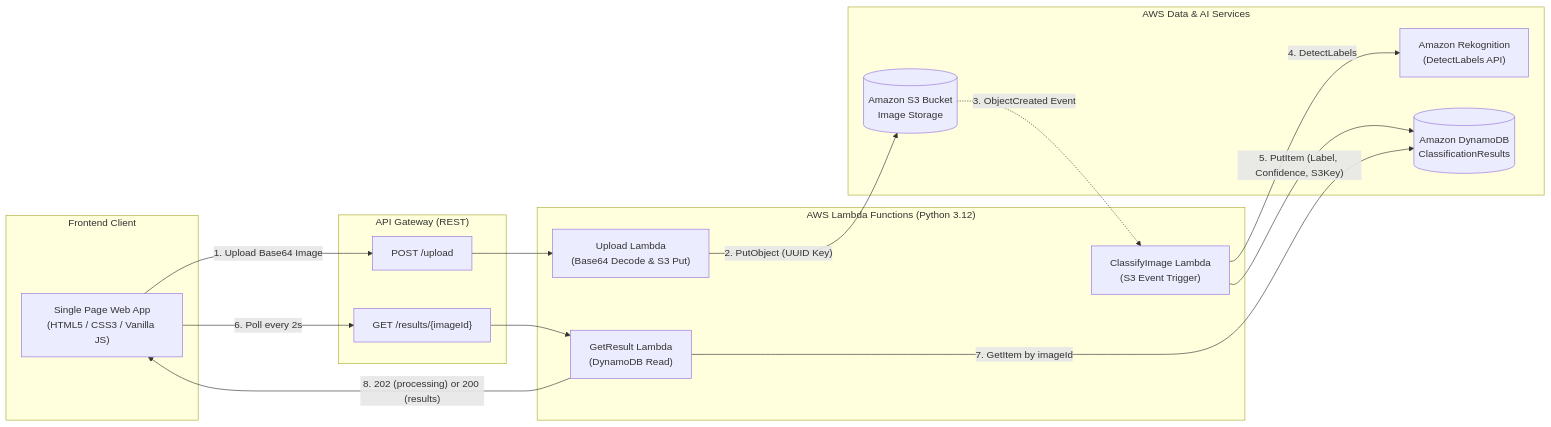
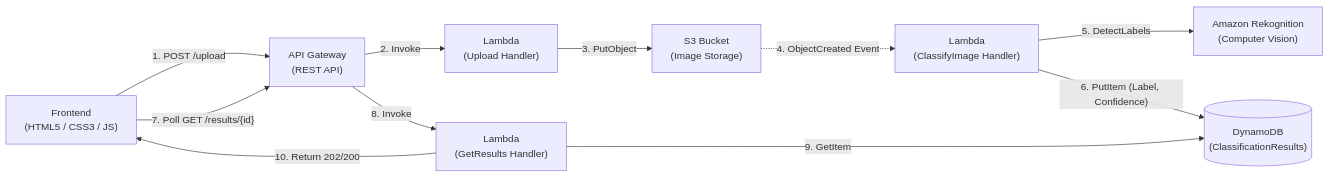
Before and after one commit to pateldhvani20/serverless-image-classifier: the diagram in README.md, drawn with Mermaid. The commit also changed other lines of this file and 3 other files, not shown here.

````diff
--- a/README.md
+++ b/README.md
@@ -9,36 +11,13 @@
 ```mermaid
 flowchart LR
-    subgraph Client ["Frontend Client"]
-        Browser["Single Page Web App\n(HTML5 / CSS3 / Vanilla JS)"]
-    end
-
-    subgraph APIGateway ["API Gateway (REST)"]
-        UploadRoute["POST /upload"]
-        ResultsRoute["GET /results/{imageId}"]
-    end
-
-    subgraph Lambdas ["AWS Lambda Functions (Python 3.12)"]
-        UploadFn["Upload Lambda\n(Base64 Decode & S3 Put)"]
-        GetResultFn["GetResult Lambda\n(DynamoDB Read)"]
-        ClassifyFn["ClassifyImage Lambda\n(S3 Event Trigger)"]
-    end
-
-    subgraph Storage ["AWS Data & AI Services"]
-        S3Bucket[("Amazon S3 Bucket\nImage Storage")]
-        Rekognition["Amazon Rekognition\n(DetectLabels API)"]
-        DynamoDB[("Amazon DynamoDB\nClassificationResults")]
-    end
-
-    Browser -->|"1. Upload Base64 Image"| UploadRoute
-    UploadRoute --> UploadFn
-    UploadFn -->|"2. PutObject (UUID Key)"| S3Bucket
-
-    S3Bucket -.->|"3. ObjectCreated Event"| ClassifyFn
-    ClassifyFn -->|"4. DetectLabels"| Rekognition
-    ClassifyFn -->|"5. PutItem (Label, Confidence, S3Key)"| DynamoDB
-
-    Browser -->|"6. Poll every 2s"| ResultsRoute
-    ResultsRoute --> GetResultFn
-    GetResultFn -->|"7. GetItem by imageId"| DynamoDB
-    GetResultFn -->|"8. 202 (processing) or 200 (results)"| Browser
+    Frontend["Frontend\n(HTML5 / CSS3 / JS)"] -->|"1. POST /upload"| APIGateway["API Gateway\n(REST API)"]
+    APIGateway -->|"2. Invoke"| UploadLambda["Lambda\n(Upload Handler)"]
+    UploadLambda -->|"3. PutObject"| S3["S3 Bucket\n(Image Storage)"]
+    S3 -.->|"4. ObjectCreated Event"| ClassifyLambda["Lambda\n(ClassifyImage Handler)"]
+    ClassifyLambda -->|"5. DetectLabels"| Rekognition["Amazon Rekognition\n(Computer Vision)"]
+    ClassifyLambda -->|"6. PutItem (Label, Confidence)"| DynamoDB[("DynamoDB\n(ClassificationResults)")]
+    Frontend -->|"7. Poll GET /results/{id}"| APIGateway
+    APIGateway -->|"8. Invoke"| GetResultLambda["Lambda\n(GetResults Handler)"]
+    GetResultLambda -->|"9. GetItem"| DynamoDB
+    GetResultLambda -->|"10. Return 202/200"| Frontend
 ```
````
